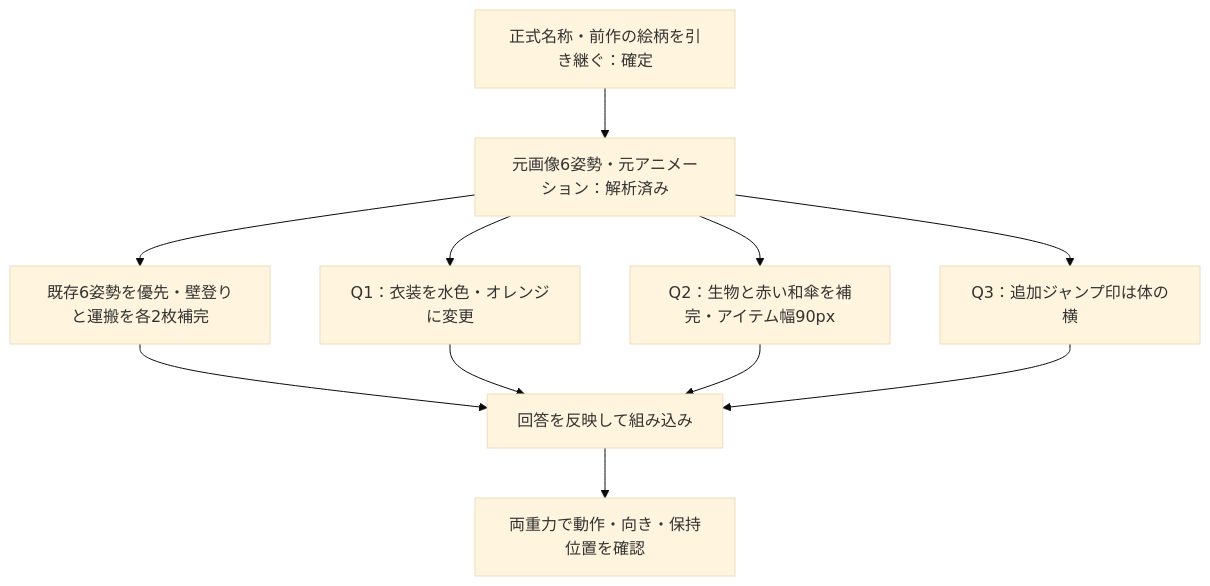
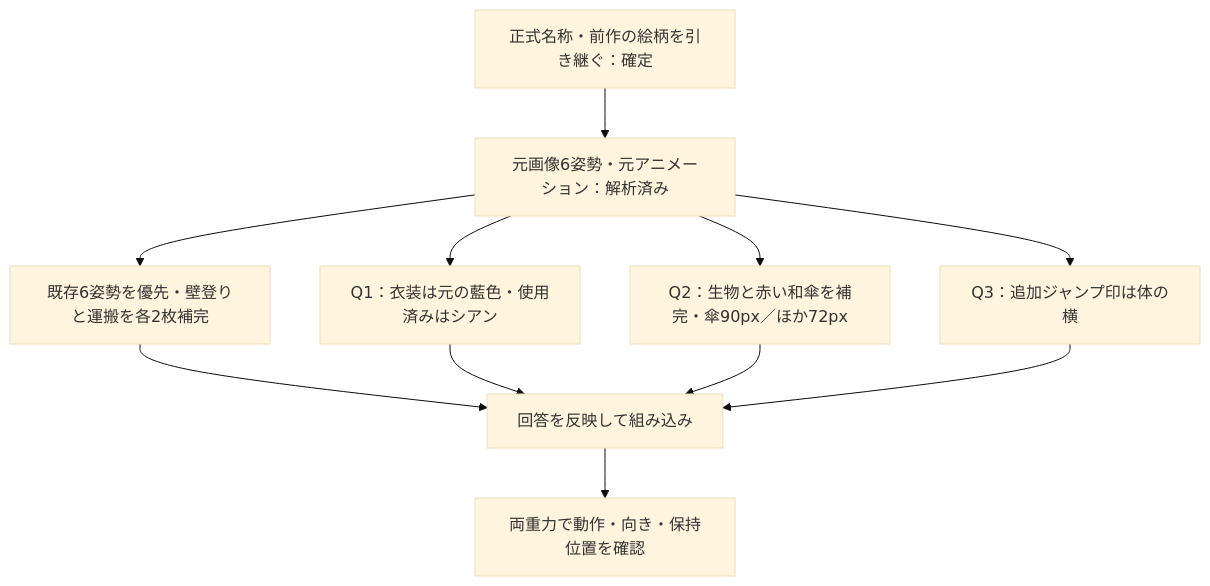
One commit to Foxy-null/2d-space changed the diagram in docs/character-sprites.md. Above: the diagram before and after it, drawn with Mermaid (base theme). The commit also changed other lines of this file and 12 other files, not shown here.

````diff
--- a/docs/character-sprites.md
+++ b/docs/character-sprites.md
@@ -72,13 +72,13 @@
 ```mermaid
 flowchart TD
     A[正式名称・前作の絵柄を引き継ぐ：確定] --> B[元画像6姿勢・元アニメーション：解析済み]
     B --> C[既存6姿勢を優先・壁登りと運搬を各2枚補完]
-    B --> Q1[Q1：衣装を水色・オレンジに変更]
-    B --> Q2[Q2：生物と赤い和傘を補完・アイテム幅90px]
+    B --> Q1[Q1：衣装は元の藍色・使用済みはシアン]
+    B --> Q2[Q2：生物と赤い和傘を補完・傘90px／ほか72px]
     B --> Q3[Q3：追加ジャンプ印は体の横]
     C --> D[回答を反映して組み込み]
     Q1 --> D
     Q2 --> D
     Q3 --> D
     D --> E[両重力で動作・向き・保持位置を確認]
 ```
````
